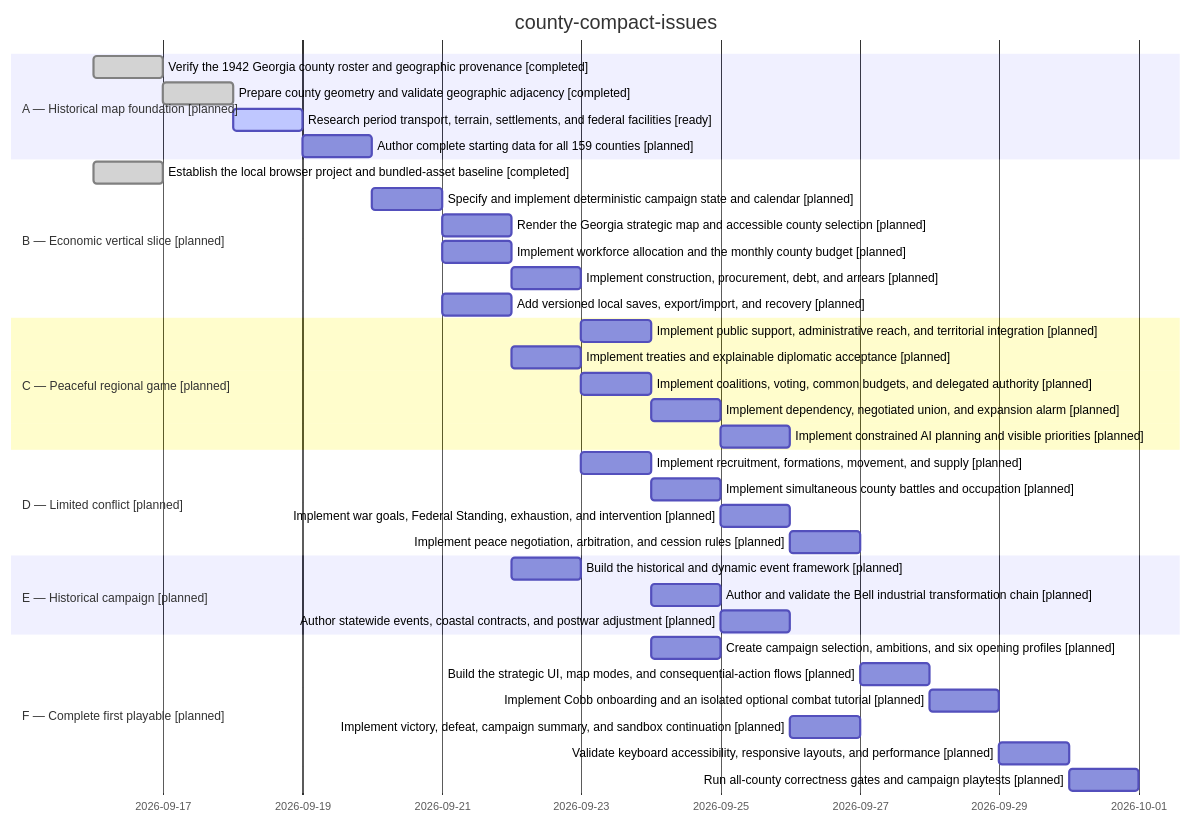
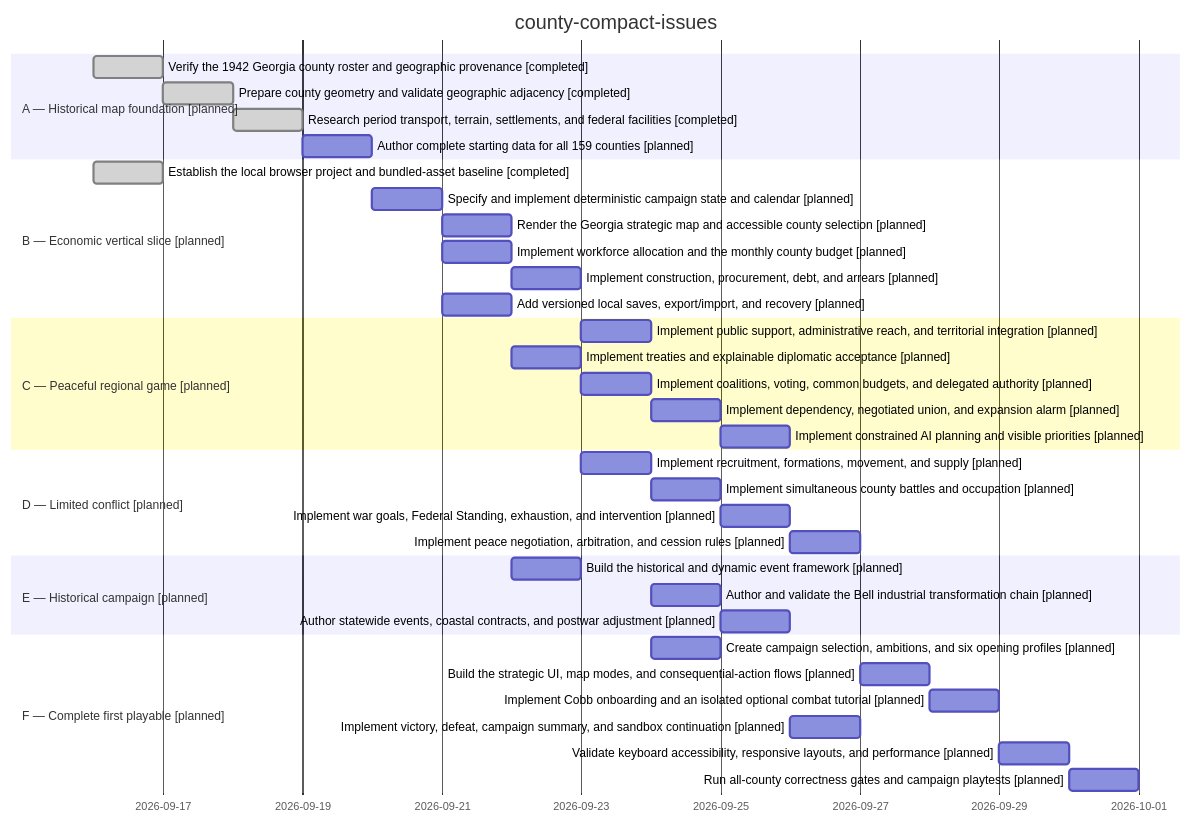
Before and after one commit to andysolomon/county-compact: the diagram in docs/workflows/county-compact-issues/gantt.mmd, drawn with Mermaid. The commit also changed 4 other files, not shown here.

```diff
--- a/docs/workflows/county-compact-issues/gantt.mmd
+++ b/docs/workflows/county-compact-issues/gantt.mmd
@@ -1,47 +1,47 @@
 %% arc-render: gantt
 %% slug: county-compact-issues
 %% generator: @arc/workflow-core/render@2
 %% generated-at: 2026-09-16T21:50:00.000Z
 %% source: ".arc/workflows/county-compact-issues/workflow.yaml"
-%% source-fingerprint: sha256:3f1a320d7800672ffeb2445da685d34d7e8d6fca8e4571319b0df84a82293b00
-%% content-fingerprint: sha256:e68c194e5b883dde190ed40c3f9fda415cb8827f25f2f934d95a84b0f86496cf
+%% source-fingerprint: sha256:324d81d2663d200008e07ac17f8ada48f8c33fdd1b418a5562e7021b9c5c09a4
+%% content-fingerprint: sha256:1f7a4a5e06681ba62850904cfffc532c6df8208eeb90422e8a72d26df3ea05a4
 %% notice: generated by @arc/workflow-core; edit the workflow source, not this file
 
 gantt
     dateFormat YYYY-MM-DD
     axisFormat %Y-%m-%d
     title county-compact-issues
     section A — Historical map foundation [planned]
     Verify the 1942 Georgia county roster and geographic provenance [completed] :done, t_CC_01, 2026-09-16, 1d
     Prepare county geometry and validate geographic adjacency [completed] :done, t_CC_02, after t_CC_01, 1d
-    Research period transport, terrain, settlements, and federal facilities [ready] :active, t_CC_03, after t_CC_01 t_CC_02, 1d
+    Research period transport, terrain, settlements, and federal facilities [completed] :done, t_CC_03, after t_CC_01 t_CC_02, 1d
     Author complete starting data for all 159 counties [planned] :t_CC_04, after t_CC_01 t_CC_03, 1d
     section B — Economic vertical slice [planned]
     Establish the local browser project and bundled-asset baseline [completed] :done, t_CC_05, 2026-09-16, 1d
     Specify and implement deterministic campaign state and calendar [planned] :t_CC_06, after t_CC_04 t_CC_05, 1d
     Render the Georgia strategic map and accessible county selection [planned] :t_CC_07, after t_CC_02 t_CC_05 t_CC_06, 1d
     Implement workforce allocation and the monthly county budget [planned] :t_CC_08, after t_CC_06, 1d
     Implement construction, procurement, debt, and arrears [planned] :t_CC_09, after t_CC_03 t_CC_08, 1d
     Add versioned local saves, export/import, and recovery [planned] :t_CC_10, after t_CC_06, 1d
     section C — Peaceful regional game [planned]
     Implement public support, administrative reach, and territorial integration [planned] :t_CC_11, after t_CC_03 t_CC_08 t_CC_09, 1d
     Implement treaties and explainable diplomatic acceptance [planned] :t_CC_12, after t_CC_03 t_CC_06 t_CC_08, 1d
     Implement coalitions, voting, common budgets, and delegated authority [planned] :t_CC_13, after t_CC_08 t_CC_12, 1d
     Implement dependency, negotiated union, and expansion alarm [planned] :t_CC_14, after t_CC_11 t_CC_12 t_CC_13, 1d
     Implement constrained AI planning and visible priorities [planned] :t_CC_15, after t_CC_09 t_CC_11 t_CC_12 t_CC_13 t_CC_14, 1d
     section D — Limited conflict [planned]
     Implement recruitment, formations, movement, and supply [planned] :t_CC_16, after t_CC_03 t_CC_08 t_CC_12, 1d
     Implement simultaneous county battles and occupation [planned] :t_CC_17, after t_CC_06 t_CC_16, 1d
     Implement war goals, Federal Standing, exhaustion, and intervention [planned] :t_CC_18, after t_CC_12 t_CC_16 t_CC_17, 1d
     Implement peace negotiation, arbitration, and cession rules [planned] :t_CC_19, after t_CC_14 t_CC_17 t_CC_18, 1d
     section E — Historical campaign [planned]
     Build the historical and dynamic event framework [planned] :t_CC_20, after t_CC_06 t_CC_08 t_CC_10, 1d
     Author and validate the Bell industrial transformation chain [planned] :t_CC_21, after t_CC_09 t_CC_11 t_CC_12 t_CC_20, 1d
     Author statewide events, coastal contracts, and postwar adjustment [planned] :t_CC_22, after t_CC_13 t_CC_14 t_CC_20, 1d
     section F — Complete first playable [planned]
     Create campaign selection, ambitions, and six opening profiles [planned] :t_CC_23, after t_CC_04 t_CC_07 t_CC_08 t_CC_13, 1d
     Build the strategic UI, map modes, and consequential-action flows [planned] :t_CC_24, after t_CC_07 t_CC_08 t_CC_11 t_CC_13 t_CC_19 t_CC_20, 1d
     Implement Cobb onboarding and an isolated optional combat tutorial [planned] :t_CC_25, after t_CC_19 t_CC_21 t_CC_23 t_CC_24, 1d
     Implement victory, defeat, campaign summary, and sandbox continuation [planned] :t_CC_26, after t_CC_11 t_CC_13 t_CC_18 t_CC_20 t_CC_23, 1d
     Validate keyboard accessibility, responsive layouts, and performance [planned] :t_CC_27, after t_CC_24 t_CC_25 t_CC_26, 1d
     Run all-county correctness gates and campaign playtests [planned] :t_CC_28, after t_CC_15 t_CC_19 t_CC_22 t_CC_25 t_CC_26 t_CC_27, 1d
```
